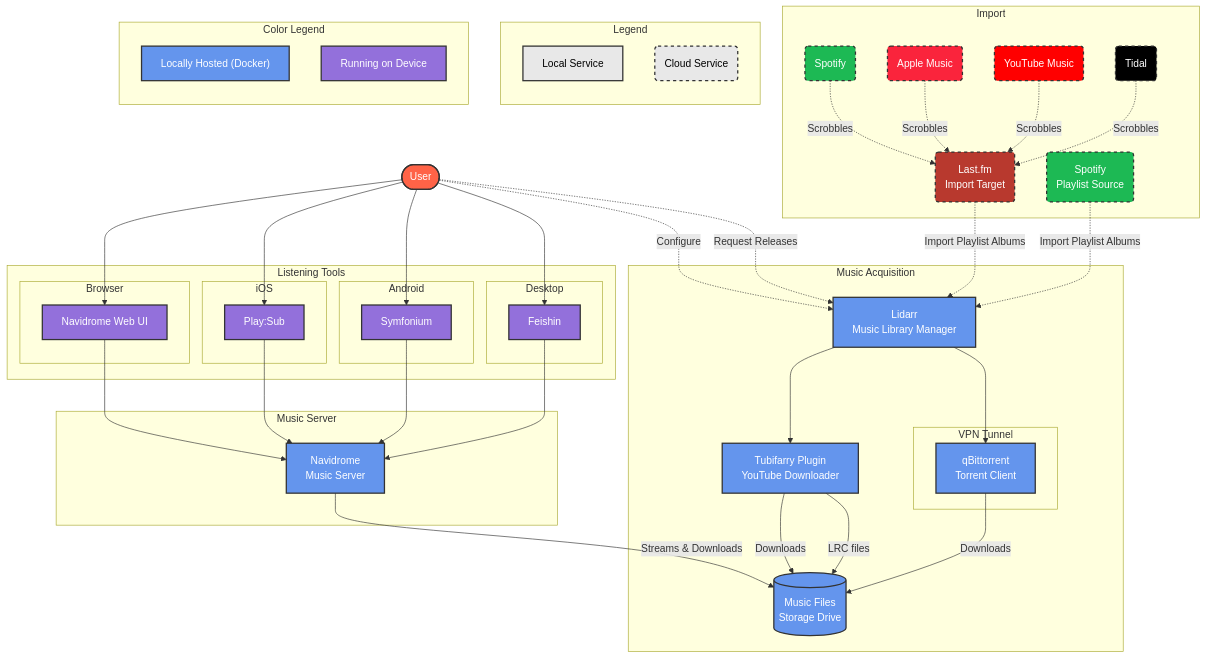
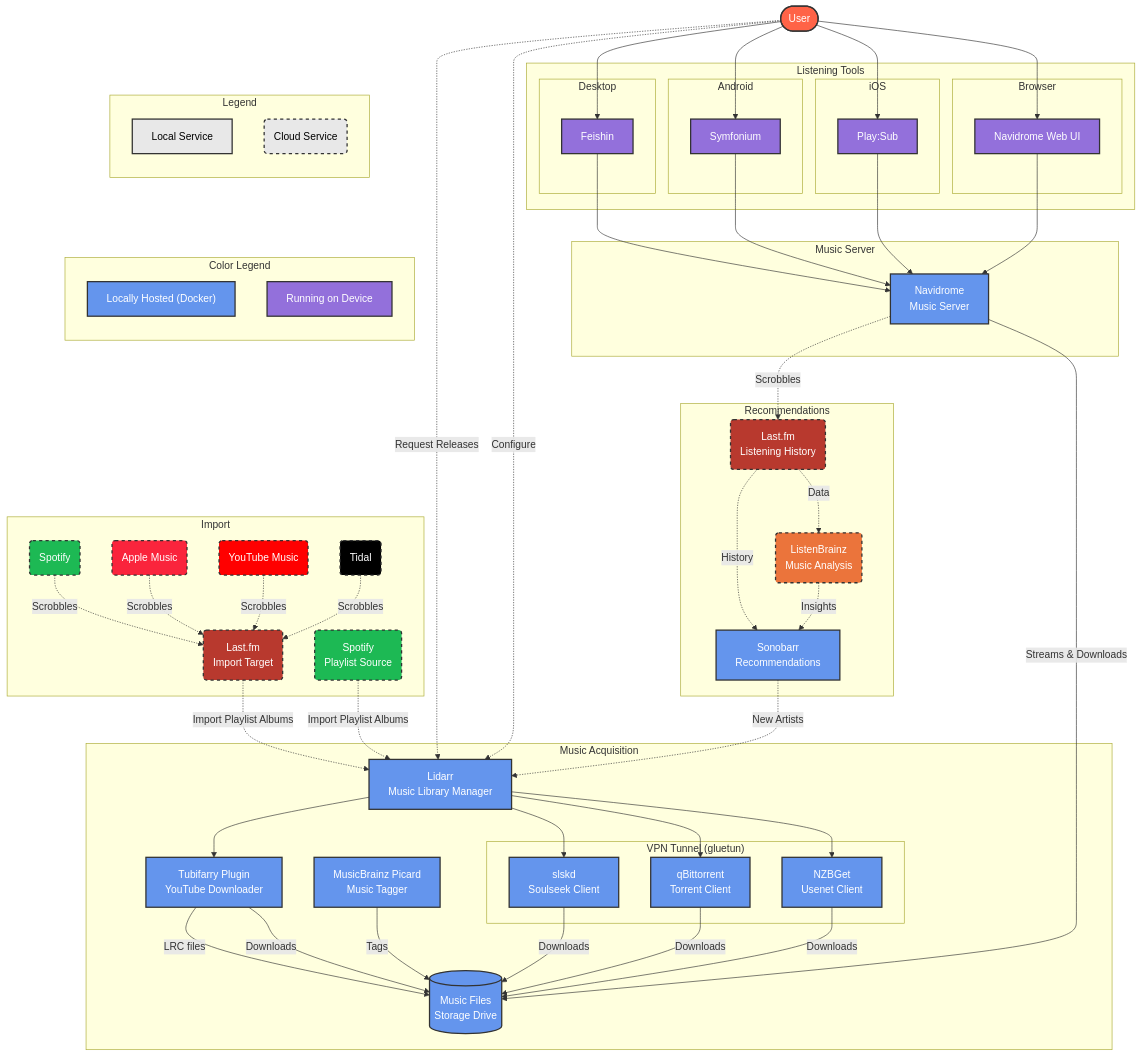
The third of 3 diagrams in README.md (minchingtonak/HaC), drawn with Mermaid before and after one commit. The commit also changed other lines of this file, not shown here.

Commit message:
docs: add glossary and feature comparison of both music stack architectures

````diff
--- a/README.md
+++ b/README.md
@@ -442,7 +476,19 @@
 ```mermaid
 flowchart TB
-    %% Define User node
+    %% Define User and Legend nodes
     User(["User"])
+
+    subgraph Legend["Legend"]
+        direction TB
+        LocalExample["Local Service"]
+        CloudExample("Cloud Service")
+    end
+
+    subgraph ColorLegend["Color Legend"]
+        direction TB
+        LegendDocker["Locally Hosted (Docker)"]
+        LegendDevice["Running on Device"]
+    end
 
     %% Define subgraphs
     subgraph subGraph3["Listening Tools"]
@@ -464,6 +510,24 @@
         Navidrome["Navidrome<br/>Music Server"]
     end
 
+    subgraph subGraph0["Music Acquisition"]
+        Picard["MusicBrainz Picard<br/>Music Tagger"]
+        subgraph VPN["VPN Tunnel (gluetun)"]
+            nzbget["NZBGet<br/>Usenet Client"]
+            qbittorrent["qBittorrent<br/>Torrent Client"]
+            slskd["slskd<br/>Soulseek Client"]
+        end
+        MusicFiles[("Music Files<br/>Storage Drive")]
+        tubifarry["Tubifarry Plugin<br/>YouTube Downloader"]
+        Lidarr["Lidarr<br/>Music Library Manager"]
+    end
+
+    subgraph subGraph2["Recommendations"]
+        LastFM("Last.fm<br/>Listening History")
+        ListenBrainz("ListenBrainz<br/>Music Analysis")
+        Sonobarr["Sonobarr<br/>Recommendations"]
+    end
+
     subgraph subGraph4["Import"]
         LastFMImport("Last.fm<br/>Import Target")
         SpotifyImport("Spotify")
@@ -473,26 +537,9 @@
         SpotifyPlaylist("Spotify<br/>Playlist Source")
     end
 
-    subgraph subGraph0["Music Acquisition"]
-        subgraph VPN["VPN Tunnel"]
-            qbittorrent["qBittorrent<br/>Torrent Client"]
-        end
-        MusicFiles[("Music Files<br/>Storage Drive")]
-        tubifarry["Tubifarry Plugin<br/>YouTube Downloader"]
-        Lidarr["Lidarr<br/>Music Library Manager"]
-    end
-
-    subgraph Legend["Legend"]
-        direction TB
-        LocalExample["Local Service"]
-        CloudExample("Cloud Service")
-    end
-
-    subgraph ColorLegend["Color Legend"]
-        direction TB
-        LegendDocker["Locally Hosted (Docker)"]
-        LegendDevice["Running on Device"]
-    end
+    %% Invisible connection to position Legend to the right of User
+    User ~~~ Legend
+    Legend ~~~ ColorLegend
 
     %% Connections - User to Access Methods
     User --> WebUI
@@ -512,11 +559,23 @@
     Navidrome -->|Streams & Downloads| MusicFiles
 
     %% Connections - Acquisition Flow
+    Picard -->|Tags| MusicFiles
     tubifarry -->|Downloads| MusicFiles
     tubifarry -->|LRC files| MusicFiles
+    nzbget -->|Downloads| MusicFiles
     qbittorrent -->|Downloads| MusicFiles
+    slskd -->|Downloads| MusicFiles
+    Lidarr --> nzbget
     Lidarr --> qbittorrent
+    Lidarr --> slskd
     Lidarr --> tubifarry
+
+    %% Connections - External Services
+    Navidrome -.->|Scrobbles| LastFM
+    LastFM -.->|Data| ListenBrainz
+    LastFM -.->|History| Sonobarr
+    ListenBrainz -.->|Insights| Sonobarr
+    Sonobarr -.->|New Artists| Lidarr
 
     %% Connections - Import Services
     SpotifyImport -.->|Scrobbles| LastFMImport
@@ -534,6 +593,7 @@
     %% Styling - Cloud services (dashed border, rounded shape)
     classDef externalCloud fill:#3CB371,stroke:#333,stroke-width:2px,stroke-dasharray: 5 5,color:white
     classDef lastfmCloud fill:#B8392E,stroke:#333,stroke-width:2px,stroke-dasharray: 5 5,color:white
+    classDef listenbrainzCloud fill:#EB743B,stroke:#333,stroke-width:2px,stroke-dasharray: 5 5,color:white
     classDef spotifyCloud fill:#1DB954,stroke:#333,stroke-width:2px,stroke-dasharray: 5 5,color:white
     classDef appleMusicCloud fill:#FA243C,stroke:#333,stroke-width:2px,stroke-dasharray: 5 5,color:white
     classDef youtubeMusicCloud fill:#FF0000,stroke:#333,stroke-width:2px,stroke-dasharray: 5 5,color:white
@@ -547,8 +607,10 @@
     classDef legendDeviceStyle fill:#9370DB,stroke:#333,stroke-width:2px,color:white
     classDef legendBrandStyle fill:#3CB371,stroke:#333,stroke-width:2px,stroke-dasharray: 5 5,color:white
 
-    class Lidarr,qbittorrent,tubifarry,MusicFiles acquisitionLocal
+    class Lidarr,nzbget,qbittorrent,slskd,tubifarry,Picard,MusicFiles,Sonobarr acquisitionLocal
     class Navidrome serverLocal
+    class LastFM lastfmCloud
+    class ListenBrainz listenbrainzCloud
     class LastFMImport lastfmCloud
     class SpotifyImport spotifyCloud
     class SpotifyPlaylist spotifyCloud
````
